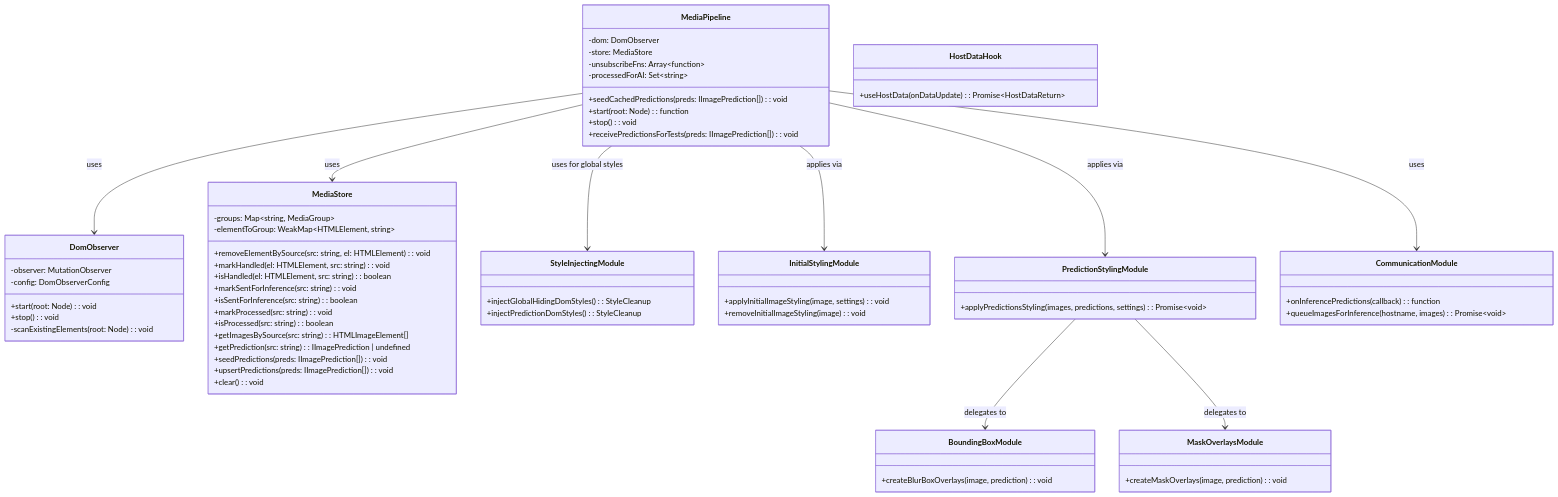
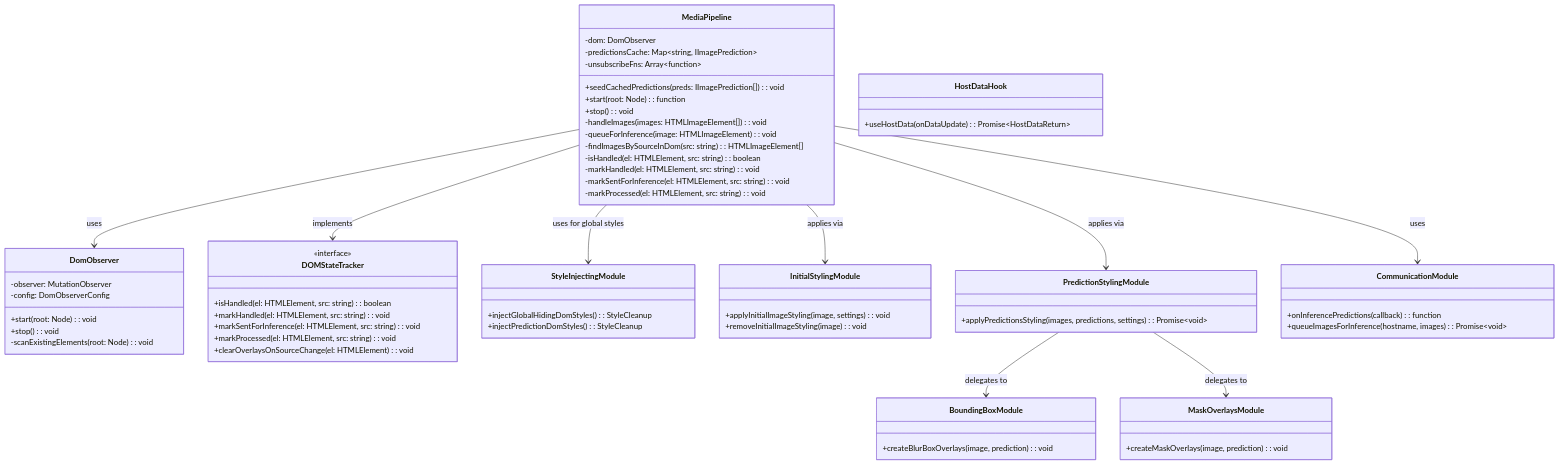
One commit to govza/HaramBlock changed the diagram in entrypoints/content/README.md. Above: the diagram before and after it, drawn with Mermaid. The commit also changed other lines of this file and 1 other file, not shown here.

````diff
--- a/entrypoints/content/README.md
+++ b/entrypoints/content/README.md
@@ -292,78 +283,75 @@
 ```mermaid
 classDiagram
   class MediaPipeline {
     -dom: DomObserver
-    -store: MediaStore
+    -predictionsCache: Map~string, IImagePrediction~
     -unsubscribeFns: Array~function~
-    -processedForAI: Set~string~
     +seedCachedPredictions(preds: IImagePrediction[]): void
     +start(root: Node): function
     +stop(): void
-    +receivePredictionsForTests(preds: IImagePrediction[]): void
+    -handleImages(images: HTMLImageElement[]): void
+    -queueForInference(image: HTMLImageElement): void
+    -findImagesBySourceInDom(src: string): HTMLImageElement[]
+    -isHandled(el: HTMLElement, src: string): boolean
+    -markHandled(el: HTMLElement, src: string): void
+    -markSentForInference(el: HTMLElement, src: string): void
+    -markProcessed(el: HTMLElement, src: string): void
   }
 
   class DomObserver {
     -observer: MutationObserver
     -config: DomObserverConfig
     +start(root: Node): void
     +stop(): void
     -scanExistingElements(root: Node): void
   }
 
-  class MediaStore {
-    -groups: Map~string, MediaGroup~
-    -elementToGroup: WeakMap~HTMLElement, string~
-    +removeElementBySource(src: string, el: HTMLElement): void
+  class DOMStateTracker {
+    <<interface>>
+    +isHandled(el: HTMLElement, src: string): boolean
     +markHandled(el: HTMLElement, src: string): void
-    +isHandled(el: HTMLElement, src: string): boolean
-    +markSentForInference(src: string): void
-    +isSentForInference(src: string): boolean
-    +markProcessed(src: string): void
-    +isProcessed(src: string): boolean
-    +getImagesBySource(src: string): HTMLImageElement[]
-    +getPrediction(src: string): IImagePrediction | undefined
-    +seedPredictions(preds: IImagePrediction[]): void
-    +upsertPredictions(preds: IImagePrediction[]): void
-    +clear(): void
+    +markSentForInference(el: HTMLElement, src: string): void
+    +markProcessed(el: HTMLElement, src: string): void
+    +clearOverlaysOnSourceChange(el: HTMLElement): void
   }
 
   class HostDataHook {
     +useHostData(onDataUpdate): Promise~HostDataReturn~
   }
 
   class StyleInjectingModule {
     +injectGlobalHidingDomStyles(): StyleCleanup
     +injectPredictionDomStyles(): StyleCleanup
   }
 
   class InitialStylingModule {
     +applyInitialImageStyling(image, settings): void
     +removeInitialImageStyling(image): void
   }
 
   class PredictionStylingModule {
     +applyPredictionsStyling(images, predictions, settings): Promise~void~
   }
 
   class BoundingBoxModule {
     +createBlurBoxOverlays(image, prediction): void
   }
 
   class MaskOverlaysModule {
     +createMaskOverlays(image, prediction): void
   }
 
   class CommunicationModule {
     +onInferencePredictions(callback): function
     +queueImagesForInference(hostname, images): Promise~void~
   }
 
   MediaPipeline --> DomObserver : uses
-  MediaPipeline --> MediaStore : uses
+  MediaPipeline --> DOMStateTracker : implements
   MediaPipeline --> InitialStylingModule : applies via
   MediaPipeline --> PredictionStylingModule : applies via
   MediaPipeline --> CommunicationModule : uses
   PredictionStylingModule --> BoundingBoxModule : delegates to
   PredictionStylingModule --> MaskOverlaysModule : delegates to
   MediaPipeline --> StyleInjectingModule : uses for global styles
 ```
````
